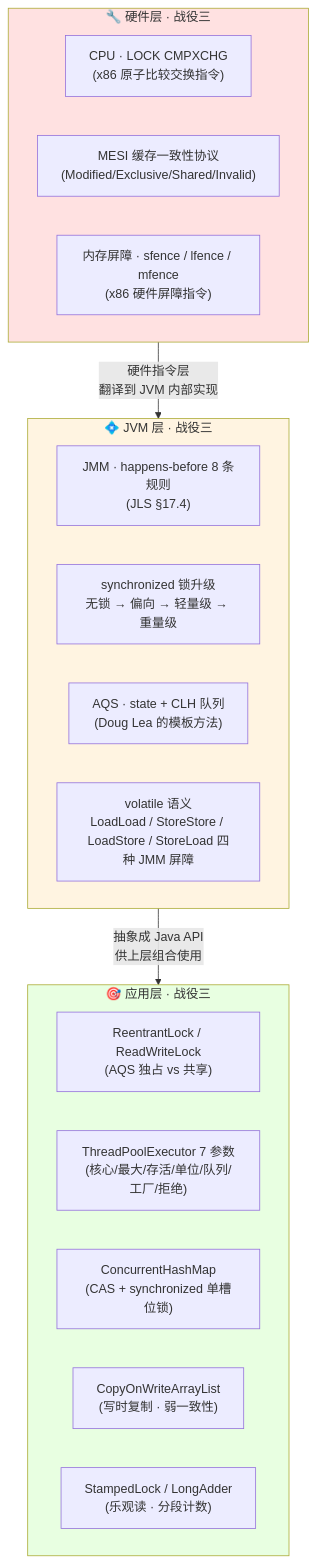
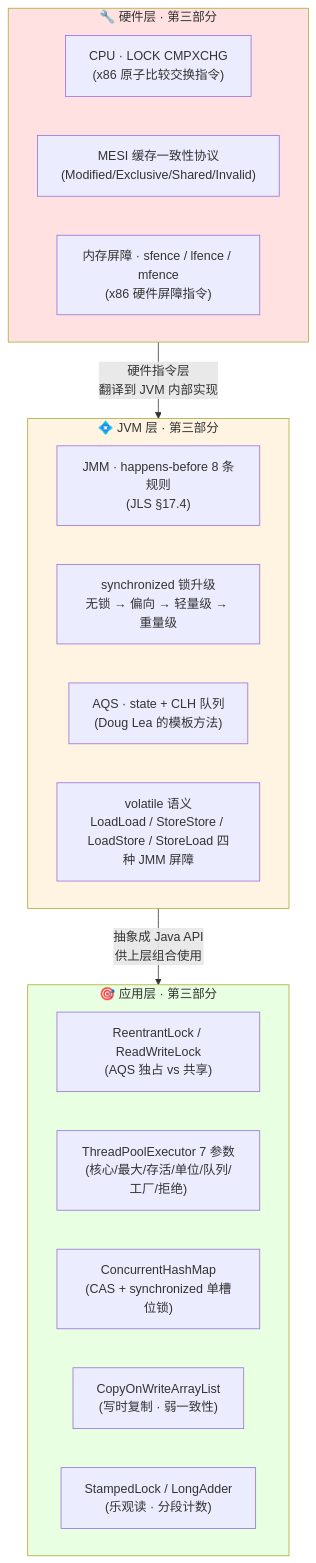
Before and after one commit to b1tzer/b1tzer.github.io: the second of 3 diagrams in docs/01-java-basic/10-并发编程综览：战役三 · 从硬件事实到组合运用的四层下沉.md, drawn with Mermaid. The commit also changed other lines of this file and 23 other files, not shown here.

````diff
--- a/docs/01-java-basic/10-并发编程综览：战役三 · 从硬件事实到组合运用的四层下沉.md
+++ b/docs/01-java-basic/10-并发编程综览：战役三 · 从硬件事实到组合运用的四层下沉.md
@@ -50,30 +50,30 @@
 ```mermaid
 flowchart TB
-    subgraph HW["🔧 硬件层 · 战役三"]
+    subgraph HW["🔧 硬件层 · 第三部分"]
         H1["CPU · LOCK CMPXCHG<br/>(x86 原子比较交换指令)"]
         H2["MESI 缓存一致性协议<br/>(Modified/Exclusive/Shared/Invalid)"]
         H3["内存屏障 · sfence / lfence / mfence<br/>(x86 硬件屏障指令)"]
     end
 
-    subgraph JVM["💠 JVM 层 · 战役三"]
+    subgraph JVM["💠 JVM 层 · 第三部分"]
         J1["JMM · happens-before 8 条规则<br/>(JLS §17.4)"]
         J2["synchronized 锁升级<br/>无锁 → 偏向 → 轻量级 → 重量级"]
         J3["AQS · state + CLH 队列<br/>(Doug Lea 的模板方法)"]
         J4["volatile 语义<br/>LoadLoad / StoreStore / LoadStore / StoreLoad 四种 JMM 屏障"]
     end
 
-    subgraph APP["🎯 应用层 · 战役三"]
+    subgraph APP["🎯 应用层 · 第三部分"]
         A1["ReentrantLock / ReadWriteLock<br/>(AQS 独占 vs 共享)"]
         A2["ThreadPoolExecutor 7 参数<br/>(核心/最大/存活/单位/队列/工厂/拒绝)"]
         A3["ConcurrentHashMap<br/>(CAS + synchronized 单槽位锁)"]
         A4["CopyOnWriteArrayList<br/>(写时复制 · 弱一致性)"]
         A5["StampedLock / LongAdder<br/>(乐观读 · 分段计数)"]
     end
 
     HW -->|"硬件指令层<br/>翻译到 JVM 内部实现"| JVM
     JVM -->|"抽象成 Java API<br/>供上层组合使用"| APP
 
     style HW fill:#ffe1e1
     style JVM fill:#fff4e1
     style APP fill:#e8ffe1
 ```
````
